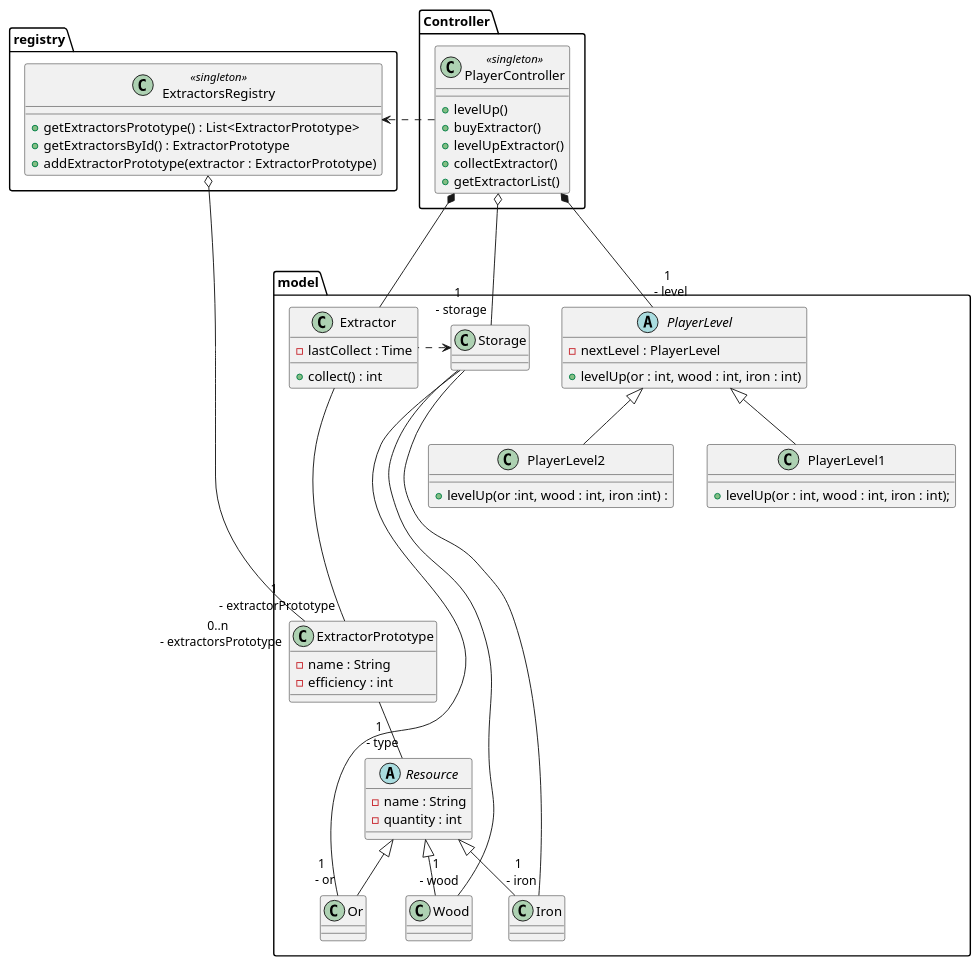
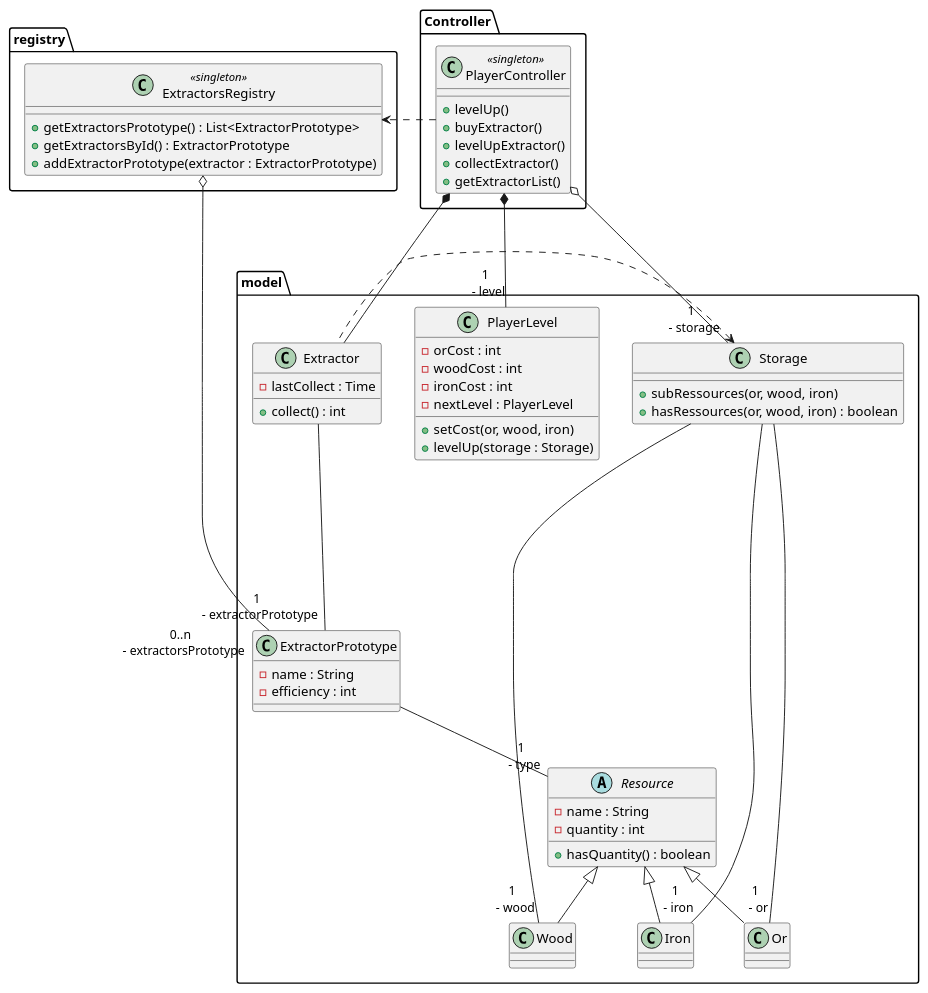
One commit to skelirphoteman/Resource-Management-Game changed the diagram in ProjectManagment/UML/DGeneralClass.puml. Above: the diagram before and after it, drawn with PlantUML. The commit also changed 1 other file, not shown here.

```diff
--- a/ProjectManagment/UML/DGeneralClass.puml
+++ b/ProjectManagment/UML/DGeneralClass.puml
@@ -1,81 +1,78 @@
 @startuml
 'https://plantuml.com/class-diagram
 
 package Controller{
     class PlayerController <<singleton>>{
         + levelUp()
         + buyExtractor()
         + levelUpExtractor()
         + collectExtractor()
         + getExtractorList()
     }
 
 }
 
 package registry {
     class ExtractorsRegistry <<singleton>>{
          + getExtractorsPrototype() : List<ExtractorPrototype>
          + getExtractorsById() : ExtractorPrototype
          + addExtractorPrototype(extractor : ExtractorPrototype)
      }
 }
 
 package model {
 
 
 
     ExtractorsRegistry o-- "0..n \n - extractorsPrototype" ExtractorPrototype
     Extractor .left.> Storage
     PlayerController .right.> ExtractorsRegistry
 
     class ExtractorPrototype {
         - name : String
         - efficiency : int
     }
     class Extractor {
         - lastCollect : Time
         + collect() : int
     }
     PlayerController *-- Extractor
     ExtractorPrototype -- "1 \n - type"Resource
     Extractor ---- "1 \n - extractorPrototype" ExtractorPrototype
 
     PlayerController *--- "1 \n - level" PlayerLevel
     PlayerController o-- "1 \n - storage" Storage
     abstract class Resource{
         - name : String
         - quantity : int
+        + hasQuantity() : boolean
     }
 
     class Storage {
+        + subRessources(or, wood, iron)
+        + hasRessources(or, wood, iron) : boolean
     }
     Storage -- "1 \n - or" Or
     Storage -- "1 \n - wood" Wood
     Storage -- "1 \n - iron" Iron
 
     class Or extends Resource {
     }
 
     class Wood extends Resource {
     }
 
 
     class Iron extends Resource {
     }
 
-    abstract class PlayerLevel {
+    class PlayerLevel {
+        - orCost : int
+        - woodCost : int
+        - ironCost : int
         - nextLevel : PlayerLevel
-        + levelUp(or : int, wood : int, iron : int)
-    }
-
-
-    class PlayerLevel1 extends PlayerLevel {
-        + levelUp(or : int, wood : int, iron : int);
-
-    }
-
-    class PlayerLevel2 extends PlayerLevel {
-        + levelUp(or :int, wood : int, iron :int) :
+        + setCost(or, wood, iron)
+        + levelUp(storage : Storage)
     }
 }
 @enduml
```
